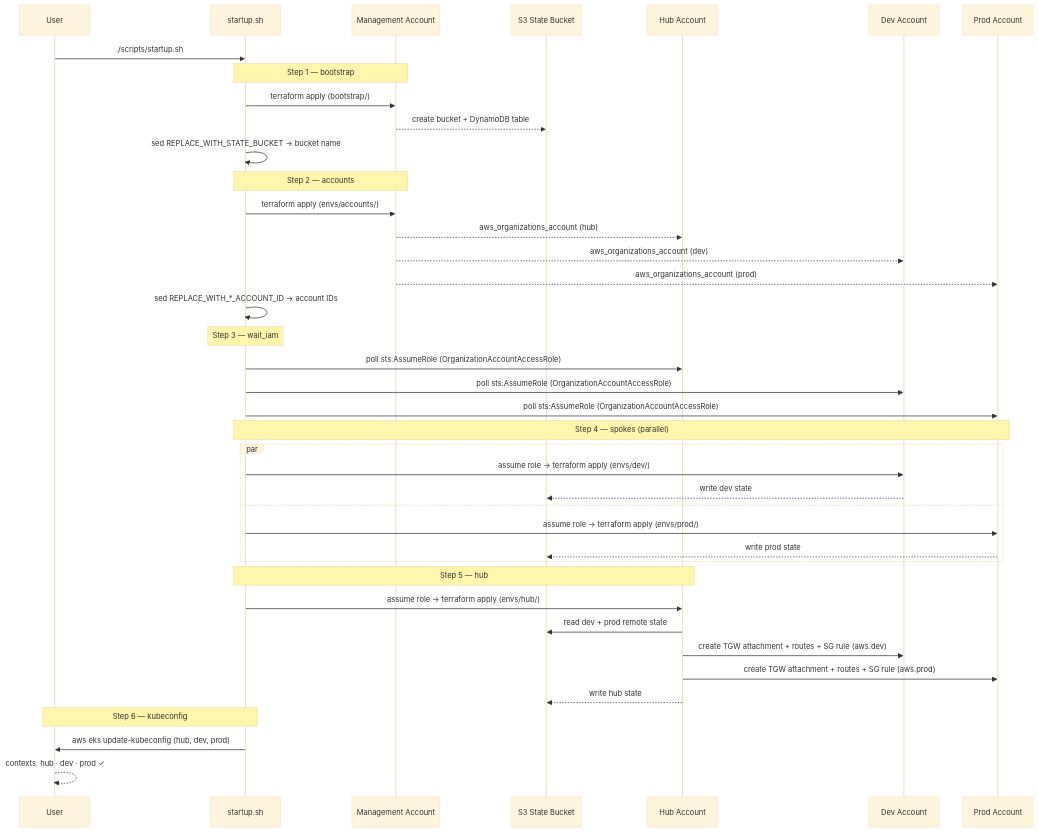
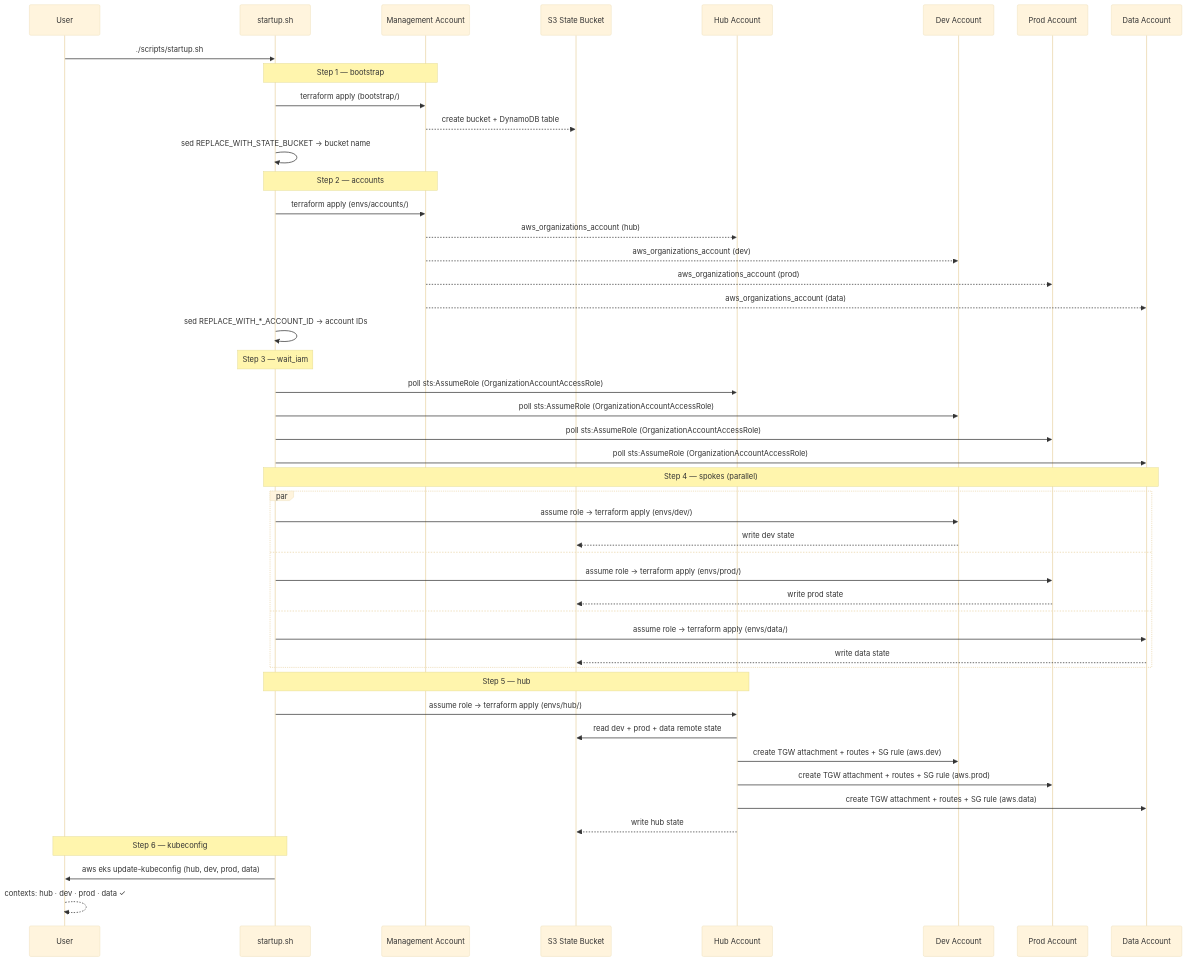
The eighth of 13 diagrams in docs/low-level-design.md (paragch/eks-hub-spoke), drawn with Mermaid (base theme) before and after one commit. The commit also changed other lines of this file and 67 other files, not shown here.

First line of the commit message:
feat: add prod-data account with OpenSearch, Aurora, Neptune, and db-writer microservice

````diff
--- a/docs/low-level-design.md
+++ b/docs/low-level-design.md
@@ -293,49 +373,56 @@
 ```mermaid
 sequenceDiagram
   participant U  as User
   participant SH as startup.sh
   participant MGMT as Management Account
   participant S3 as S3 State Bucket
   participant HUB as Hub Account
   participant DEV as Dev Account
   participant PROD as Prod Account
+  participant DATA as Data Account
 
   U->>SH: ./scripts/startup.sh
 
   Note over SH,MGMT: Step 1 — bootstrap
   SH->>MGMT: terraform apply (bootstrap/)
   MGMT-->>S3: create bucket + DynamoDB table
   SH->>SH: sed REPLACE_WITH_STATE_BUCKET → bucket name
 
   Note over SH,MGMT: Step 2 — accounts
   SH->>MGMT: terraform apply (envs/accounts/)
   MGMT-->>HUB: aws_organizations_account (hub)
   MGMT-->>DEV: aws_organizations_account (dev)
   MGMT-->>PROD: aws_organizations_account (prod)
+  MGMT-->>DATA: aws_organizations_account (data)
   SH->>SH: sed REPLACE_WITH_*_ACCOUNT_ID → account IDs
 
   Note over SH: Step 3 — wait_iam
   SH->>HUB:  poll sts:AssumeRole (OrganizationAccountAccessRole)
   SH->>DEV:  poll sts:AssumeRole (OrganizationAccountAccessRole)
   SH->>PROD: poll sts:AssumeRole (OrganizationAccountAccessRole)
+  SH->>DATA: poll sts:AssumeRole (OrganizationAccountAccessRole)
 
-  Note over SH,PROD: Step 4 — spokes (parallel)
+  Note over SH,DATA: Step 4 — spokes (parallel)
   par
     SH->>DEV: assume role → terraform apply (envs/dev/)
     DEV-->>S3: write dev state
   and
     SH->>PROD: assume role → terraform apply (envs/prod/)
     PROD-->>S3: write prod state
+  and
+    SH->>DATA: assume role → terraform apply (envs/data/)
+    DATA-->>S3: write data state
   end
 
   Note over SH,HUB: Step 5 — hub
   SH->>HUB: assume role → terraform apply (envs/hub/)
-  HUB->>S3: read dev + prod remote state
+  HUB->>S3: read dev + prod + data remote state
   HUB->>DEV:  create TGW attachment + routes + SG rule (aws.dev)
   HUB->>PROD: create TGW attachment + routes + SG rule (aws.prod)
+  HUB->>DATA: create TGW attachment + routes + SG rule (aws.data)
   HUB-->>S3: write hub state
 
   Note over SH,U: Step 6 — kubeconfig
-  SH->>U: aws eks update-kubeconfig (hub, dev, prod)
-  U-->>U: contexts: hub · dev · prod ✓
+  SH->>U: aws eks update-kubeconfig (hub, dev, prod, data)
+  U-->>U: contexts: hub · dev · prod · data ✓
 ```
````
